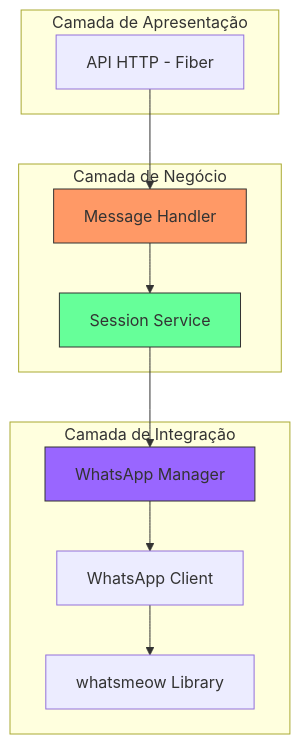
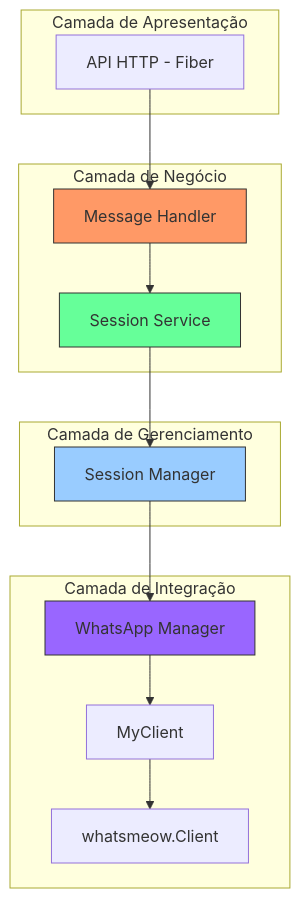
Before and after one commit to fgsgalvaosz/zemeow: the first of 2 diagrams in .qoder/quests/real-time-message-integration.md, drawn with Mermaid. The commit also changed other lines of this file and 34 other files, not shown here.

````diff
--- a/.qoder/quests/real-time-message-integration.md
+++ b/.qoder/quests/real-time-message-integration.md
@@ -11,27 +13,33 @@
 ```mermaid
 graph TB
     A[API HTTP - Fiber] --> B[Message Handler]
     B --> C[Session Service]
-    C --> D[WhatsApp Manager]
-    D --> E[WhatsApp Client]
-    E --> F[whatsmeow Library]
+    C --> D[Session Manager]
+    D --> E[WhatsApp Manager]
+    E --> F[MyClient]
+    F --> G[whatsmeow.Client]
     
     subgraph "Camada de Apresentação"
         A
     end
     
     subgraph "Camada de Negócio"
         B
         C
     end
     
+    subgraph "Camada de Gerenciamento"
+        D
+    end
+    
     subgraph "Camada de Integração"
-        D
         E
         F
+        G
     end
     
     style B fill:#f96,stroke:#333
     style C fill:#6f9,stroke:#333
-    style D fill:#96f,stroke:#333
+    style D fill:#9cf,stroke:#333
+    style E fill:#96f,stroke:#333
 ```
````
